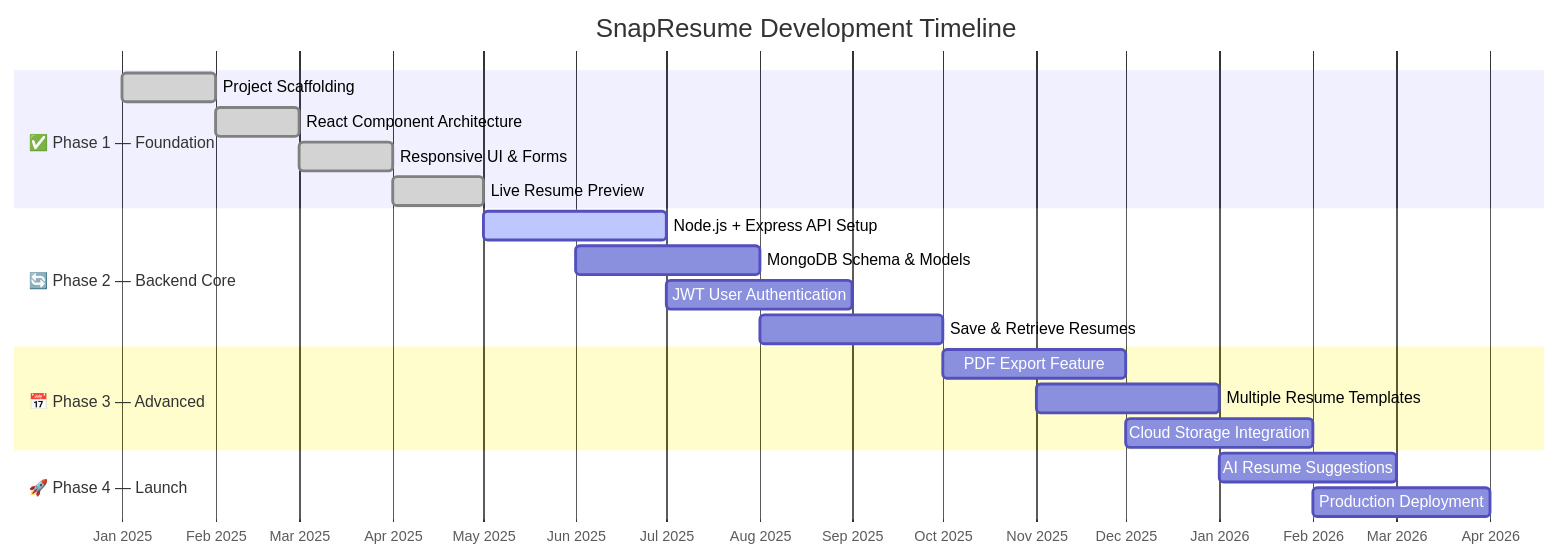
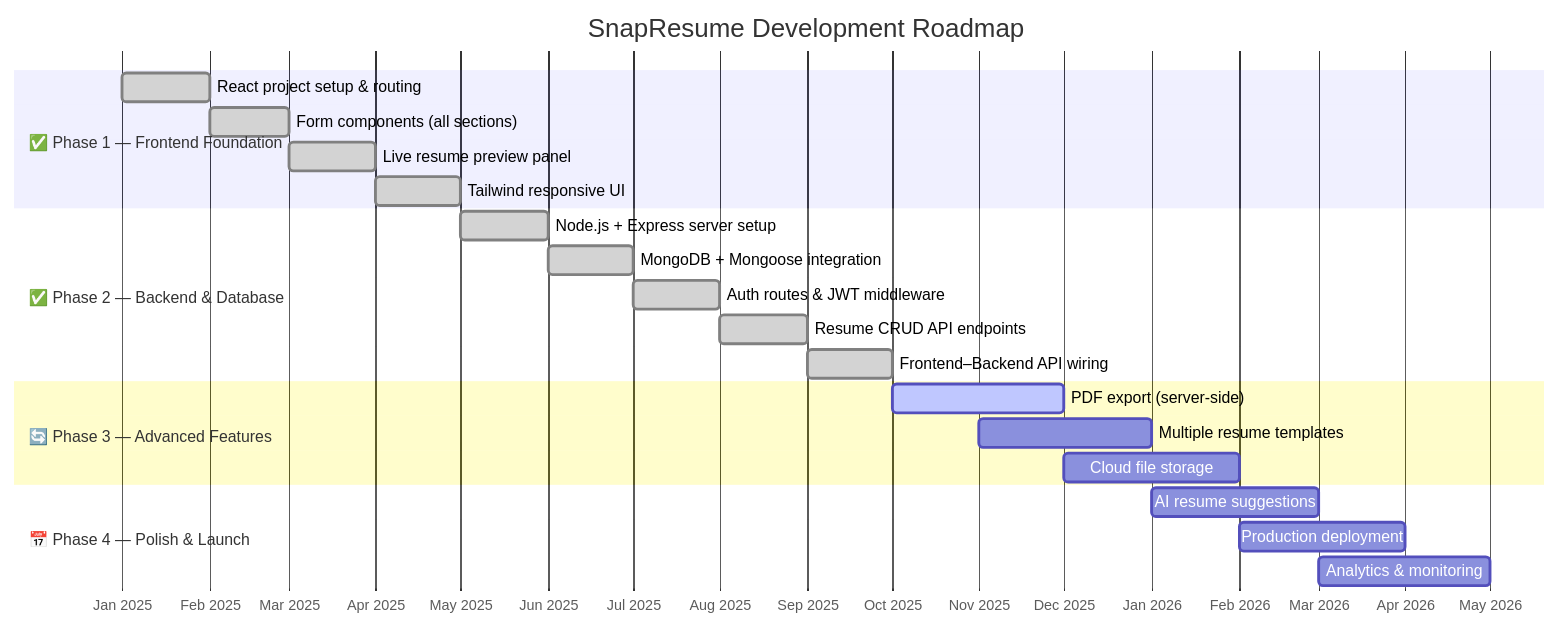
The fifth of 6 diagrams in README.md (Diyajain3/SnapResume), drawn with Mermaid before and after one commit. The commit also changed other lines of this file, not shown here.

````diff
--- a/README.md
+++ b/README.md
@@ -302,27 +485,29 @@
 ```mermaid
 gantt
-    title SnapResume Development Timeline
+    title SnapResume Development Roadmap
     dateFormat  YYYY-MM
     axisFormat  %b %Y
 
-    section ✅ Phase 1 — Foundation
-    Project Scaffolding          :done, p1a, 2025-01, 2025-02
-    React Component Architecture :done, p1b, 2025-02, 2025-03
-    Responsive UI & Forms        :done, p1c, 2025-03, 2025-04
-    Live Resume Preview          :done, p1d, 2025-04, 2025-05
+    section ✅ Phase 1 — Frontend Foundation
+    React project setup & routing   :done, p1a, 2025-01, 2025-02
+    Form components (all sections)  :done, p1b, 2025-02, 2025-03
+    Live resume preview panel       :done, p1c, 2025-03, 2025-04
+    Tailwind responsive UI          :done, p1d, 2025-04, 2025-05
 
-    section 🔄 Phase 2 — Backend Core
-    Node.js + Express API Setup  :active, p2a, 2025-05, 2025-07
-    MongoDB Schema & Models      :p2b, 2025-06, 2025-08
-    JWT User Authentication      :p2c, 2025-07, 2025-09
-    Save & Retrieve Resumes      :p2d, 2025-08, 2025-10
+    section ✅ Phase 2 — Backend & Database
+    Node.js + Express server setup  :done, p2a, 2025-05, 2025-06
+    MongoDB + Mongoose integration  :done, p2b, 2025-06, 2025-07
+    Auth routes & JWT middleware    :done, p2c, 2025-07, 2025-08
+    Resume CRUD API endpoints       :done, p2d, 2025-08, 2025-09
+    Frontend–Backend API wiring     :done, p2e, 2025-09, 2025-10
 
-    section 📅 Phase 3 — Advanced
-    PDF Export Feature           :p3a, 2025-10, 2025-12
-    Multiple Resume Templates    :p3b, 2025-11, 2026-01
-    Cloud Storage Integration    :p3c, 2025-12, 2026-02
+    section 🔄 Phase 3 — Advanced Features
+    PDF export (server-side)        :active, p3a, 2025-10, 2025-12
+    Multiple resume templates       :p3b, 2025-11, 2026-01
+    Cloud file storage              :p3c, 2025-12, 2026-02
 
-    section 🚀 Phase 4 — Launch
-    AI Resume Suggestions        :p4a, 2026-01, 2026-03
-    Production Deployment        :p4b, 2026-02, 2026-04
+    section 📅 Phase 4 — Polish & Launch
+    AI resume suggestions           :p4a, 2026-01, 2026-03
+    Production deployment           :p4b, 2026-02, 2026-04
+    Analytics & monitoring          :p4c, 2026-03, 2026-05
 ```
````
